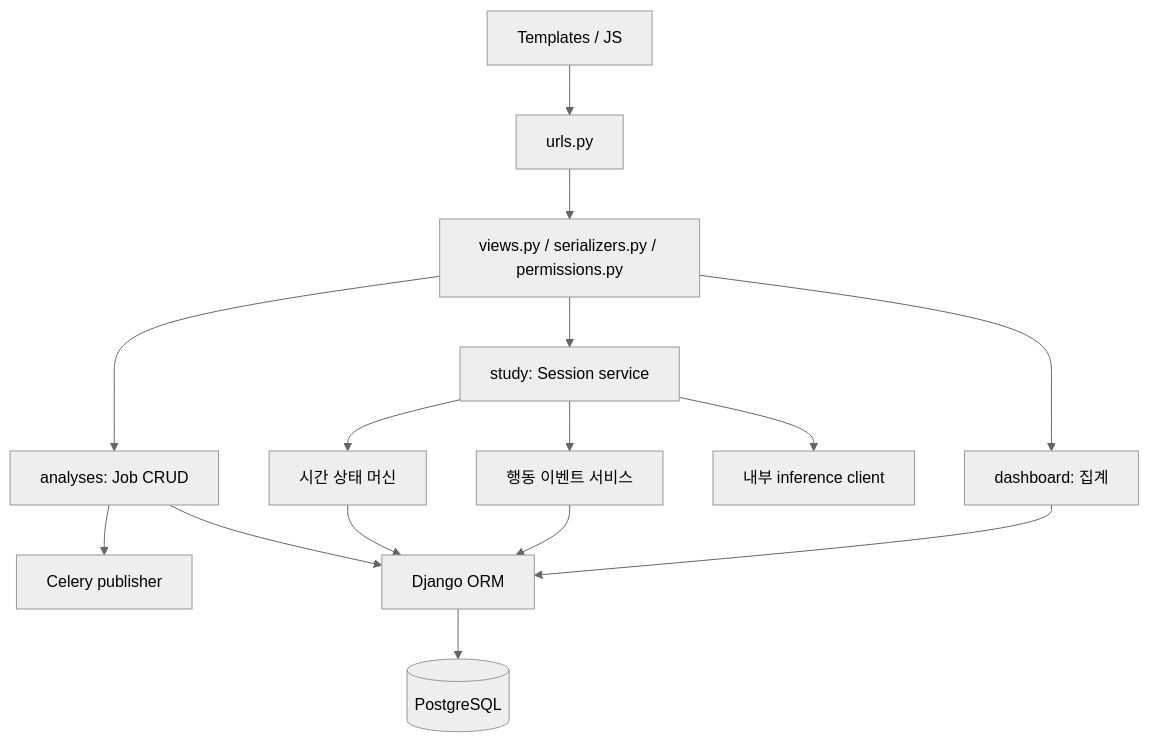
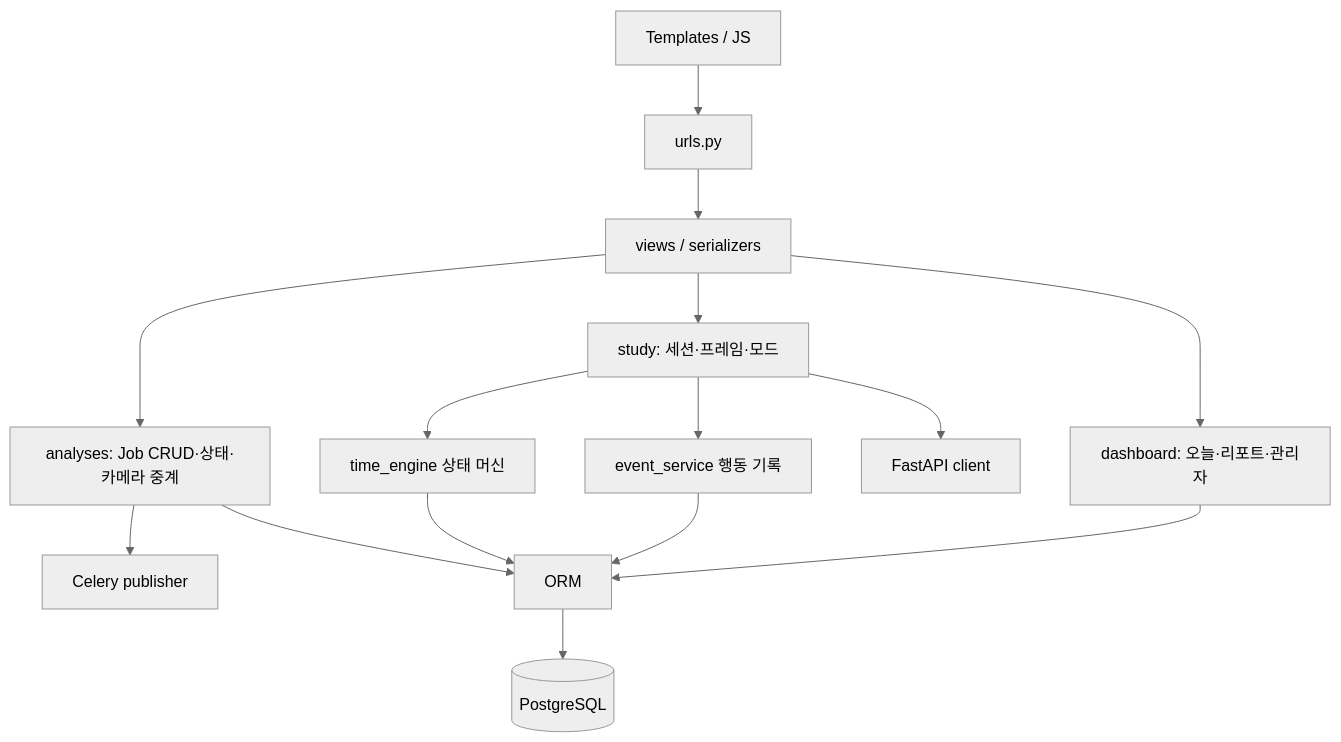
Before and after one commit to HanaPark-lab/desk-habit-coach: the second of 6 diagrams in docs/ARCHITECTURE.md, drawn with Mermaid (neutral theme). The commit also changed other lines of this file and 6 other files, not shown here.

````diff
--- a/docs/ARCHITECTURE.md
+++ b/docs/ARCHITECTURE.md
@@ -47,17 +51,16 @@
 ```mermaid
 flowchart TB
- B[Templates / JS] --> U[urls.py]
- U --> V[views.py / serializers.py / permissions.py]
- V --> J[analyses: Job CRUD]
- V --> S[study: Session service]
- V --> D[dashboard: 집계]
+ T[Templates / JS] --> U[urls.py]
+ U --> V[views / serializers]
+ V --> J[analyses: Job CRUD·상태·카메라 중계]
+ V --> S[study: 세션·프레임·모드]
+ V --> D[dashboard: 오늘·리포트·관리자]
  J --> Q[Celery publisher]
- S --> T[시간 상태 머신]
- S --> E[행동 이벤트 서비스]
- S --> I[내부 inference client]
- T --> O[Django ORM]
- E --> O
+ S --> TE[time_engine 상태 머신]
+ S --> EV[event_service 행동 기록]
+ S --> CL[FastAPI client]
+ TE --> O[ORM] --> DB[(PostgreSQL)]
+ EV --> O
  D --> O
  J --> O
- O --> DB[(PostgreSQL)]
 ```
````
